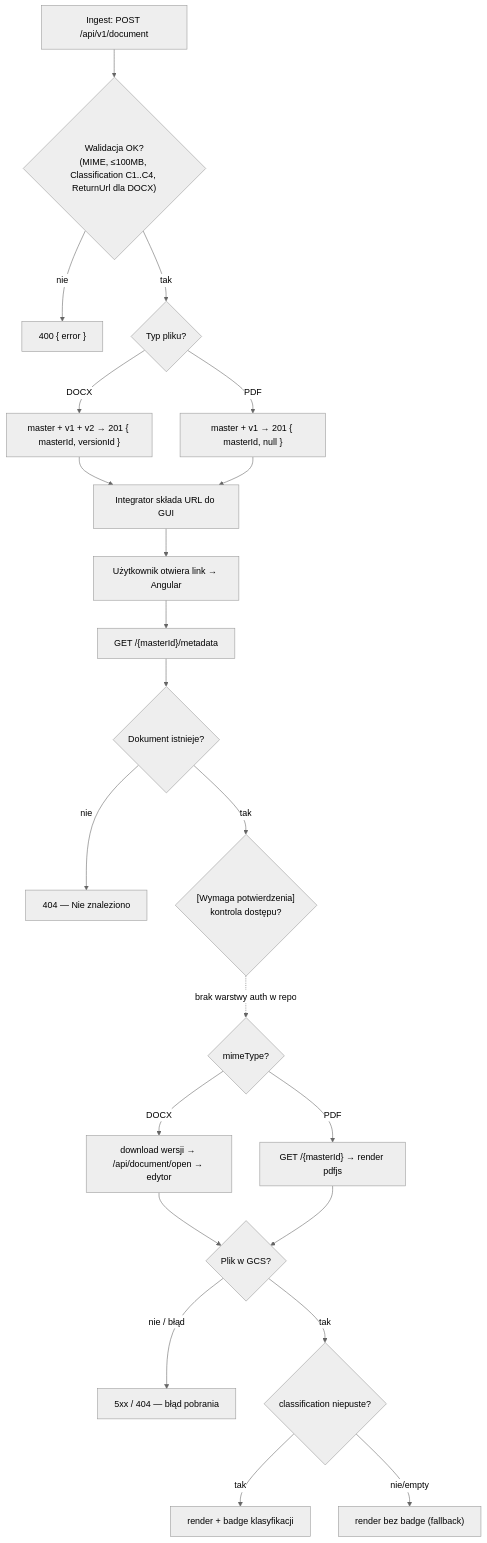
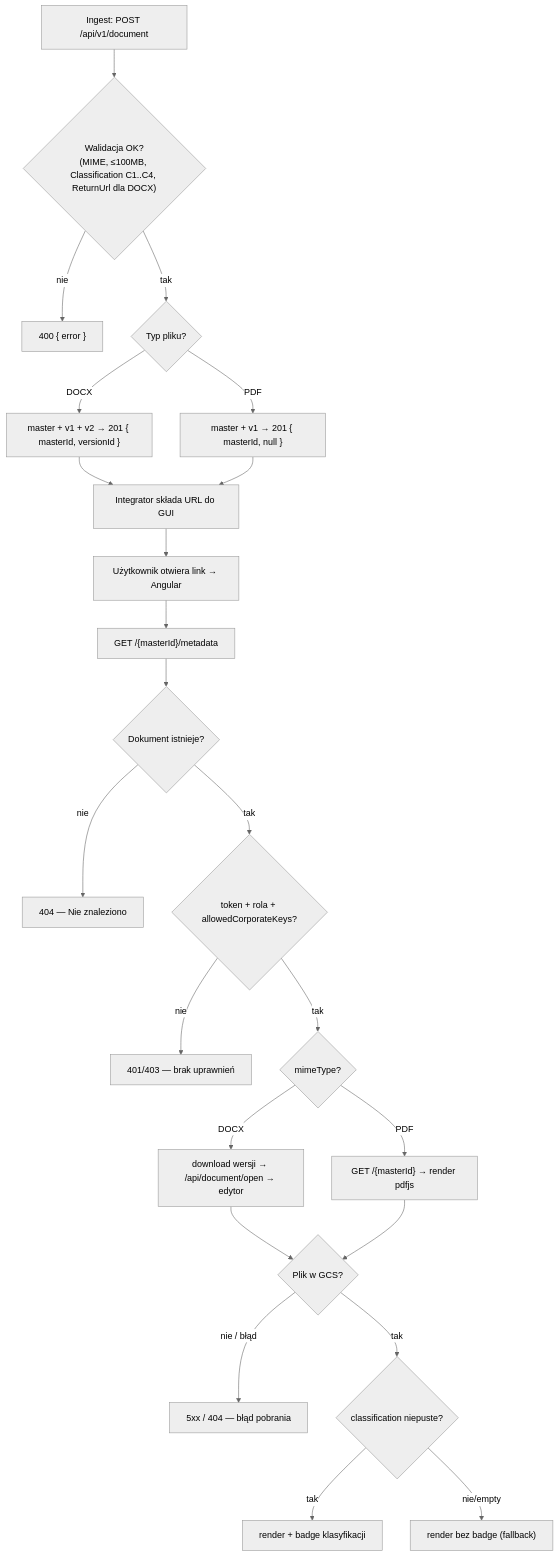
Before and after one commit to rybkakrzy/importer: the fifth of 5 diagrams in .ai/external-api-browser-open-diagram.md, drawn with Mermaid (neutral theme). The commit also changed other lines of this file and 56 other files, not shown here.

````diff
--- a/.ai/external-api-browser-open-diagram.md
+++ b/.ai/external-api-browser-open-diagram.md
@@ -192,24 +194,25 @@
 ```mermaid
 flowchart TD
     A["Ingest: POST /api/v1/document"] --> B{"Walidacja OK?<br/>(MIME, ≤100MB, Classification C1..C4, ReturnUrl dla DOCX)"}
     B -- "nie" --> E400["400 { error }"]
     B -- "tak" --> C{"Typ pliku?"}
     C -- "DOCX" --> D1["master + v1 + v2 → 201 { masterId, versionId }"]
     C -- "PDF" --> D2["master + v1 → 201 { masterId, null }"]
     D1 --> L["Integrator składa URL do GUI"]
     D2 --> L
     L --> M["Użytkownik otwiera link → Angular"]
     M --> N["GET /{masterId}/metadata"]
     N --> O{"Dokument istnieje?"}
     O -- "nie" --> E404["404 — Nie znaleziono"]
-    O -- "tak" --> ACC{"[Wymaga potwierdzenia]<br/>kontrola dostępu?"}
-    ACC -. "brak warstwy auth w repo" .-> P{"mimeType?"}
+    O -- "tak" --> ACC{"token + rola + allowedCorporateKeys?"}
+    ACC -- "nie" --> E403["401/403 — brak uprawnień"]
+    ACC -- "tak" --> P{"mimeType?"}
     P -- "DOCX" --> Q1["download wersji → /api/document/open → edytor"]
     P -- "PDF" --> Q2["GET /{masterId} → render pdfjs"]
     Q1 --> R{"Plik w GCS?"}
     Q2 --> R
     R -- "nie / błąd" --> E5["5xx / 404 — błąd pobrania"]
     R -- "tak" --> S{"classification niepuste?"}
     S -- "tak" --> T["render + badge klasyfikacji"]
     S -- "nie/empty" --> U["render bez badge (fallback)"]
 ```
````
